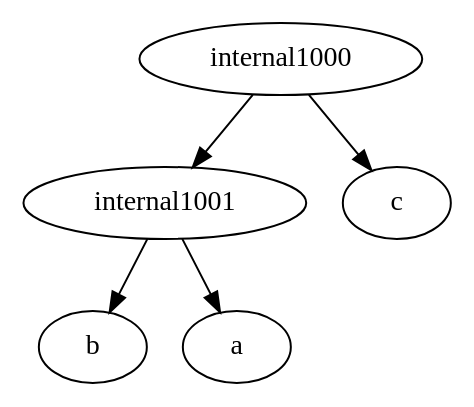
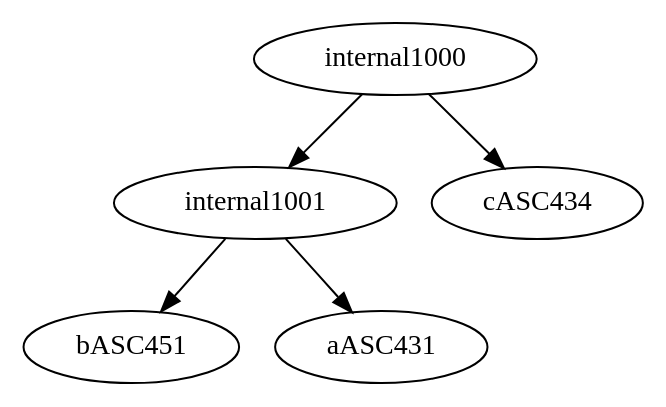
The diagram in ParsingTxt/Launcher/upload.dot (iharnoor/PhylogeneticsWebsite), drawn with Graphviz before and after one commit. The commit also changed 5 other files, not shown here.

```diff
--- a/ParsingTxt/Launcher/upload.dot
+++ b/ParsingTxt/Launcher/upload.dot
@@ -1,6 +1,6 @@
 strict digraph G1 {
-internal1001 -> b
-internal1001 -> a
-internal1000 -> c
+internal1001 -> bASC451
+internal1001 -> aASC431
+internal1000 -> cASC434
 internal1000 -> internal1001
 }
```
